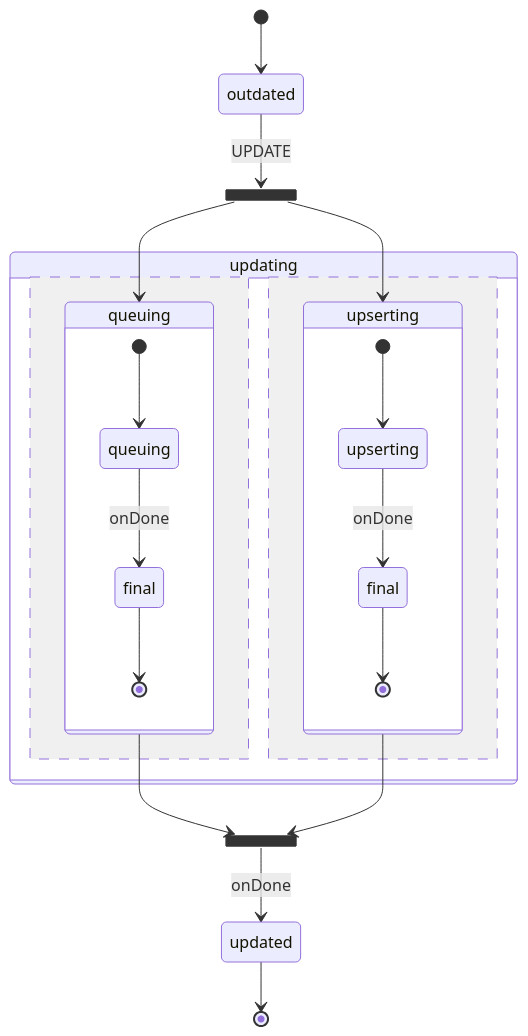
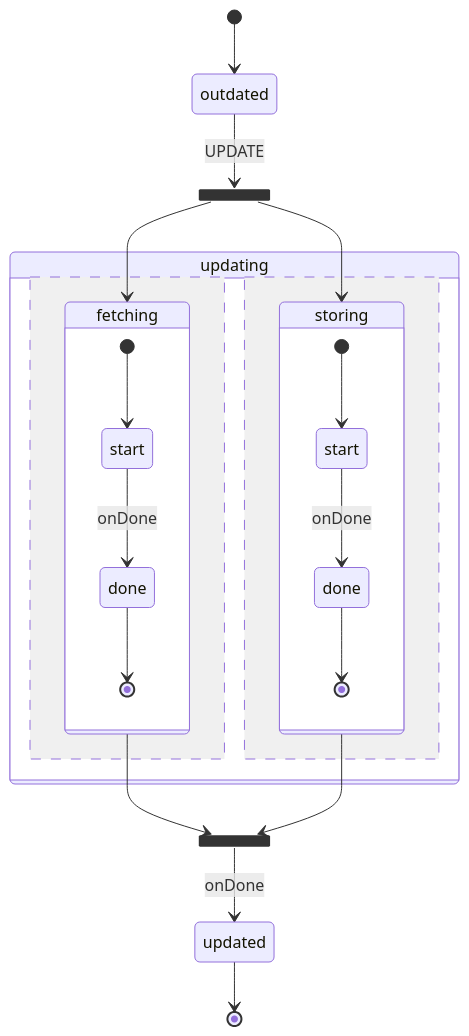
One commit to bryanchriswhite/full-comment-search changed the diagram in docs/state_machine.md. Above: the diagram before and after it, drawn with Mermaid. The commit also changed 1 other file, not shown here.

Commit message:
chore: update state names

````diff
--- a/docs/state_machine.md
+++ b/docs/state_machine.md
@@ -5,37 +5,37 @@
 ```mermaid
 stateDiagram
      [*] --> outdated
 
     state parallel_fork <<fork>>
     state parallel_join <<join>>
 
     outdated --> parallel_fork : UPDATE
-    parallel_fork --> queuing
-    parallel_fork --> upserting
+    parallel_fork --> fetching
+    parallel_fork --> storing
 
     state updating {
-        state queuing {
-            state "queuing" as q_start
-            state "final" as q_done
+        state fetching {
+            state "start" as q_start
+            state "done" as q_done
             [*] --> q_start
             q_start --> q_done : onDone
             q_done --> [*]
         }
         --
 
-        state upserting {
-            state "upserting" as u_start
-            state "final" as u_done
+        state storing {
+            state "start" as u_start
+            state "done" as u_done
             
             [*] --> u_start
             u_start --> u_done : onDone
             u_done --> [*]
         }
     }
 
-    queuing --> parallel_join
-    upserting --> parallel_join
+    fetching --> parallel_join
+    storing --> parallel_join
 
     parallel_join --> updated: onDone
     updated --> [*]
 ```
````
